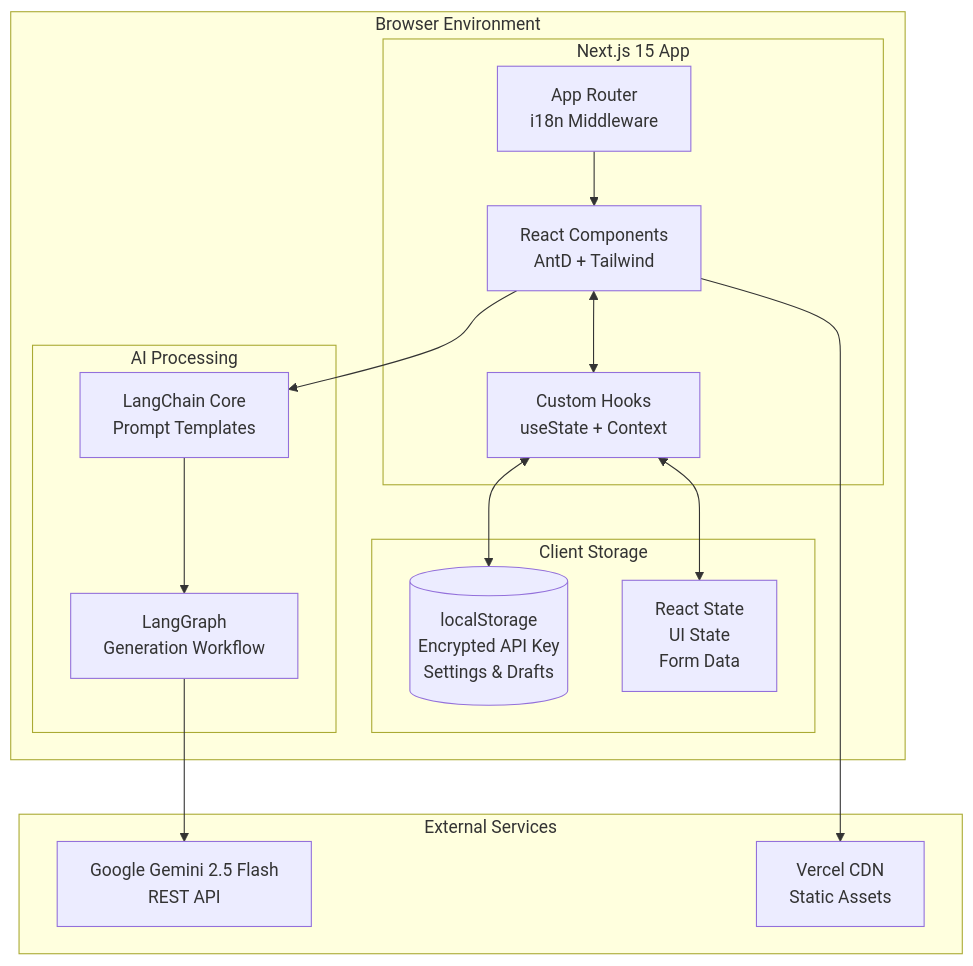
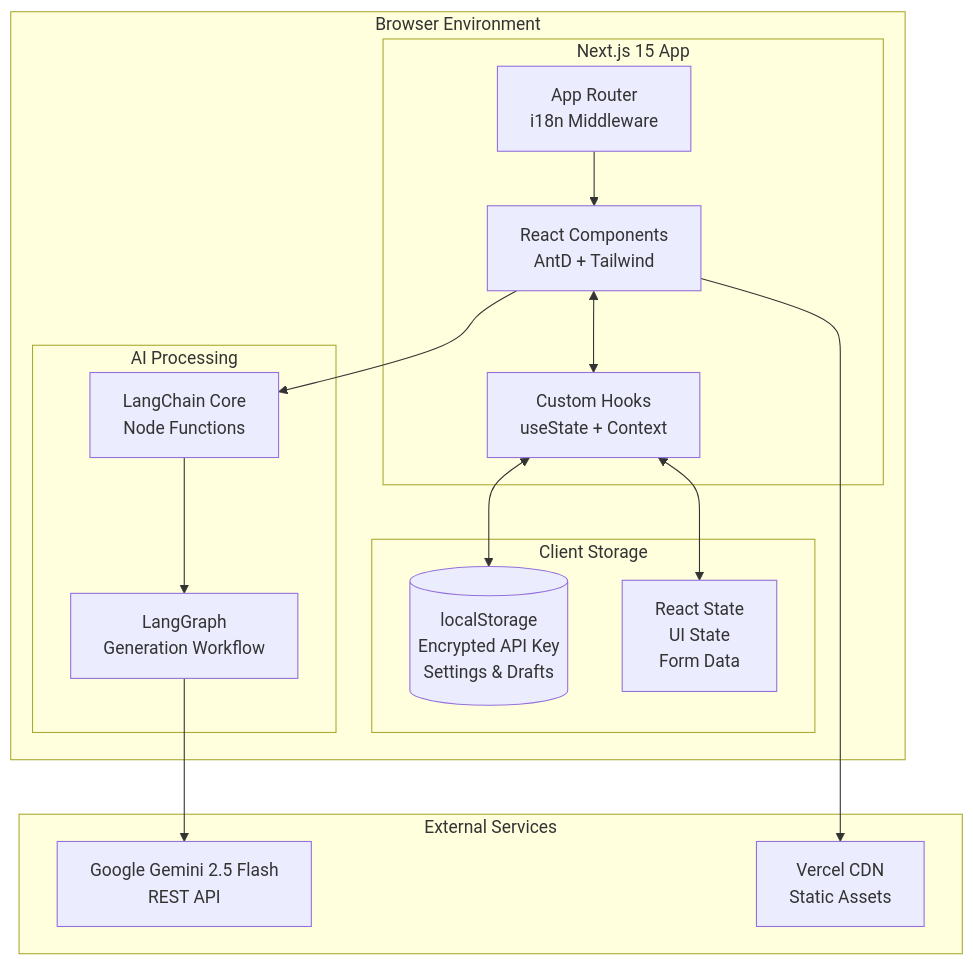
The first of 5 diagrams in docs/SystemDesign.md (whats2000/social-media-post-assistant), drawn with Mermaid before and after one commit. The commit also changed other lines of this file, not shown here.

````diff
--- a/docs/SystemDesign.md
+++ b/docs/SystemDesign.md
@@ -155,34 +156,34 @@
 ```mermaid
 graph TD
   subgraph "Browser Environment"
     subgraph "Next.js 15 App"
       UI[React Components<br/>AntD + Tailwind]
       Router[App Router<br/>i18n Middleware]
       Hooks[Custom Hooks<br/>useState + Context]
     end
     
     subgraph "Client Storage"
       LS[(localStorage<br/>Encrypted API Key<br/>Settings & Drafts)]
       Memory[React State<br/>UI State<br/>Form Data]
     end
     
     subgraph "AI Processing"
-      LC[LangChain Core<br/>Prompt Templates]
+      LC[LangChain Core<br/>Node Functions]
       LG[LangGraph<br/>Generation Workflow]
     end
   end
 
   subgraph "External Services"
     GEMINI[Google Gemini 2.5 Flash<br/>REST API]
     CDN[Vercel CDN<br/>Static Assets]
   end
 
   UI <--> Hooks
   Hooks <--> LS
   Hooks <--> Memory
   UI --> LC
   LC --> LG
   LG --> GEMINI
   UI --> CDN
   Router --> UI
 ```
````
